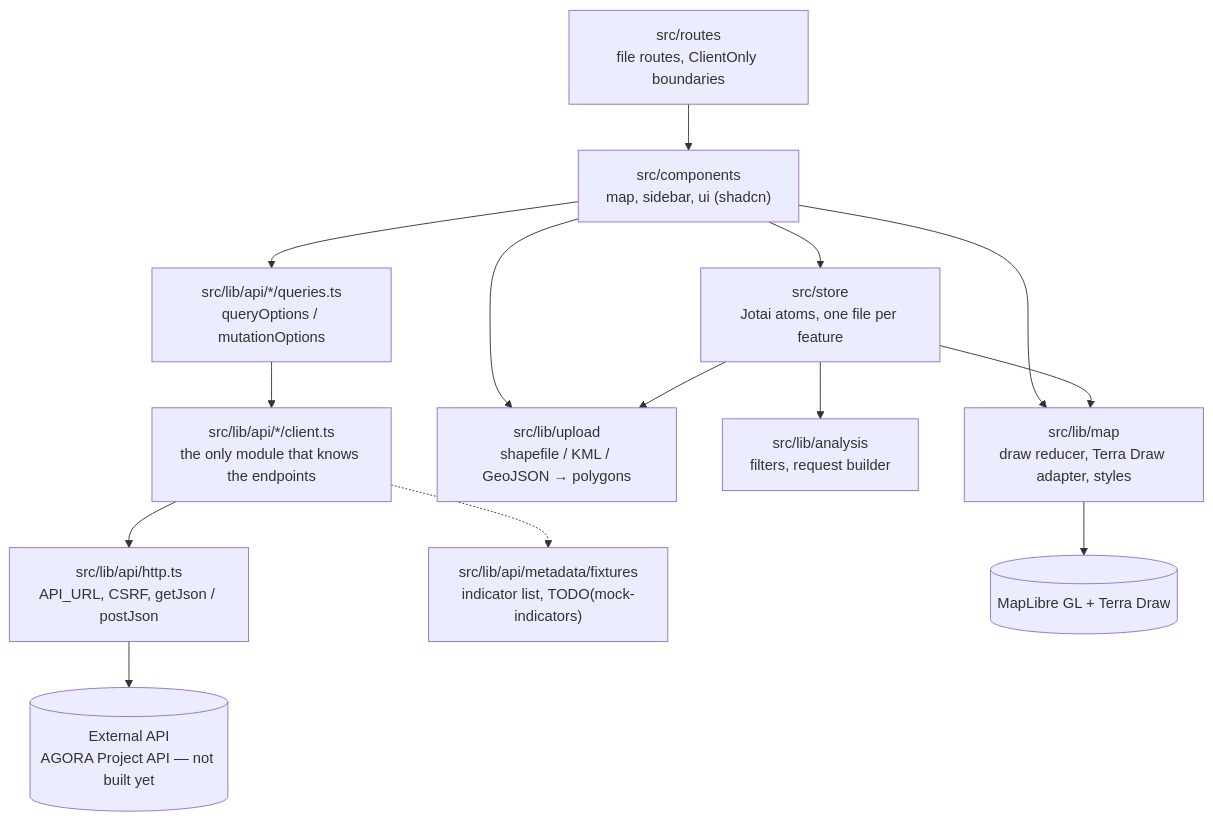
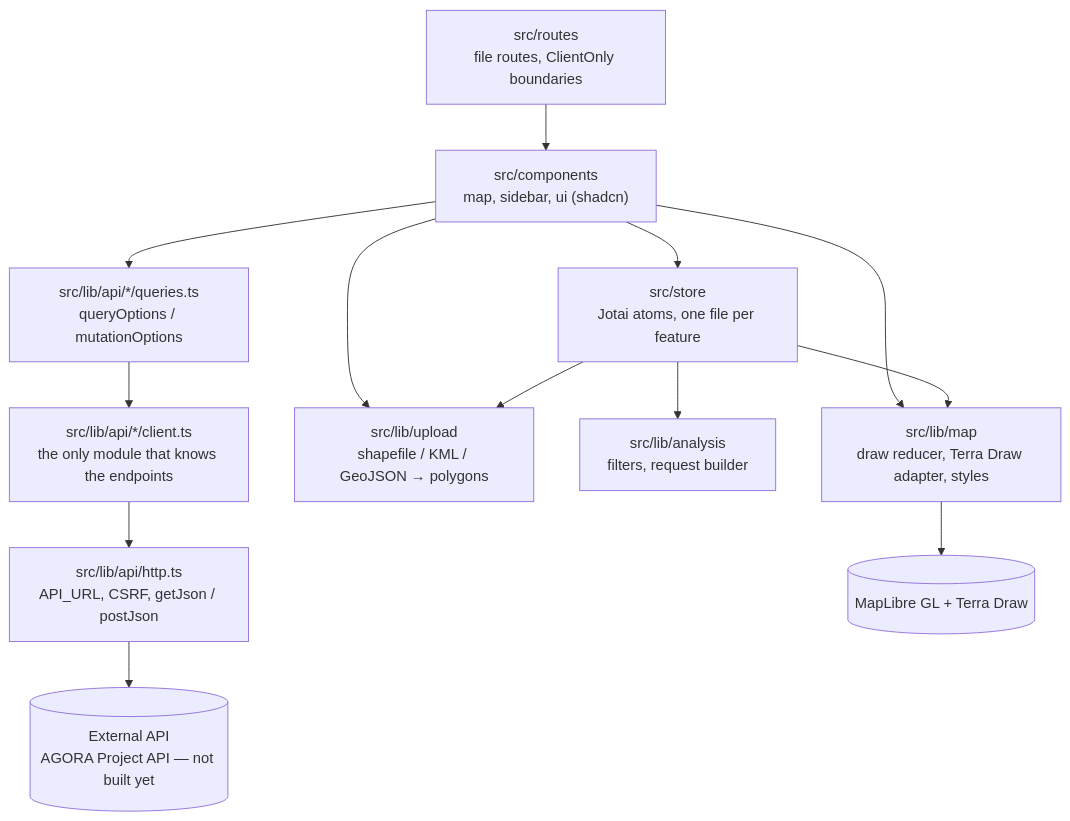
Before and after one commit to Vizzuality/agora-paraguay: the diagram in README.md, drawn with Mermaid. The commit also changed other lines of this file and 8 other files, not shown here.

````diff
--- a/README.md
+++ b/README.md
@@ -88,29 +87,27 @@
 ```mermaid
 flowchart TD
   routes["src/routes\nfile routes, ClientOnly boundaries"]
   components["src/components\nmap, sidebar, ui (shadcn)"]
   store["src/store\nJotai atoms, one file per feature"]
   map["src/lib/map\ndraw reducer, Terra Draw adapter, styles"]
   upload["src/lib/upload\nshapefile / KML / GeoJSON → polygons"]
   analysis["src/lib/analysis\nfilters, request builder"]
   queries["src/lib/api/*/queries.ts\nqueryOptions / mutationOptions"]
   client["src/lib/api/*/client.ts\nthe only module that knows the endpoints"]
   http["src/lib/api/http.ts\nAPI_URL, CSRF, getJson / postJson"]
-  fixtures["src/lib/api/metadata/fixtures\nindicator list, TODO(mock-indicators)"]
   api[("External API\nAGORA Project API — not built yet")]
   maplibre[("MapLibre GL + Terra Draw")]
 
   routes --> components
   components --> store
   components --> queries
   components --> map
   components --> upload
   store --> map
   store --> analysis
   store --> upload
   queries --> client
   client --> http
-  client -.-> fixtures
   http --> api
   map --> maplibre
 ```
````
